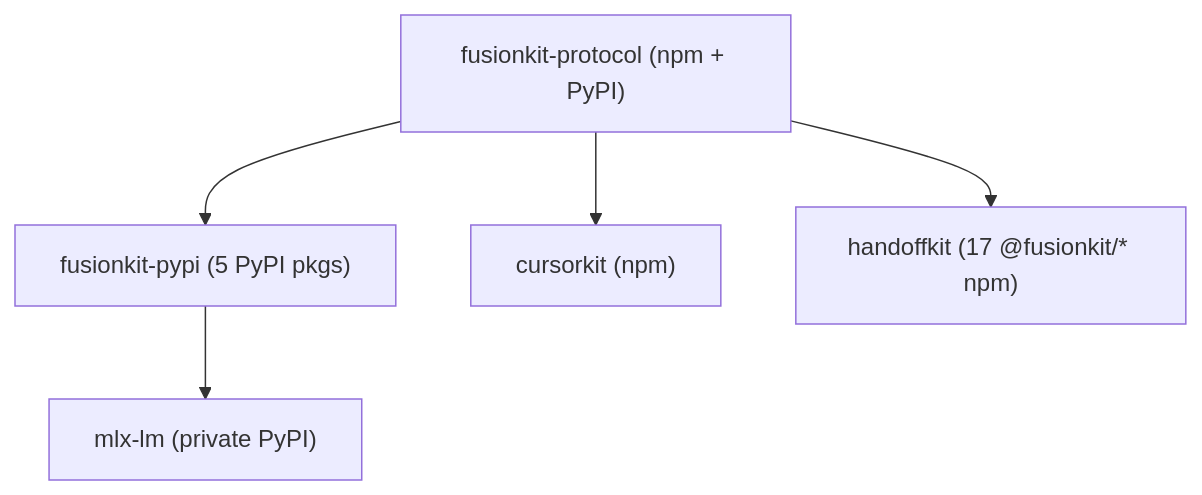
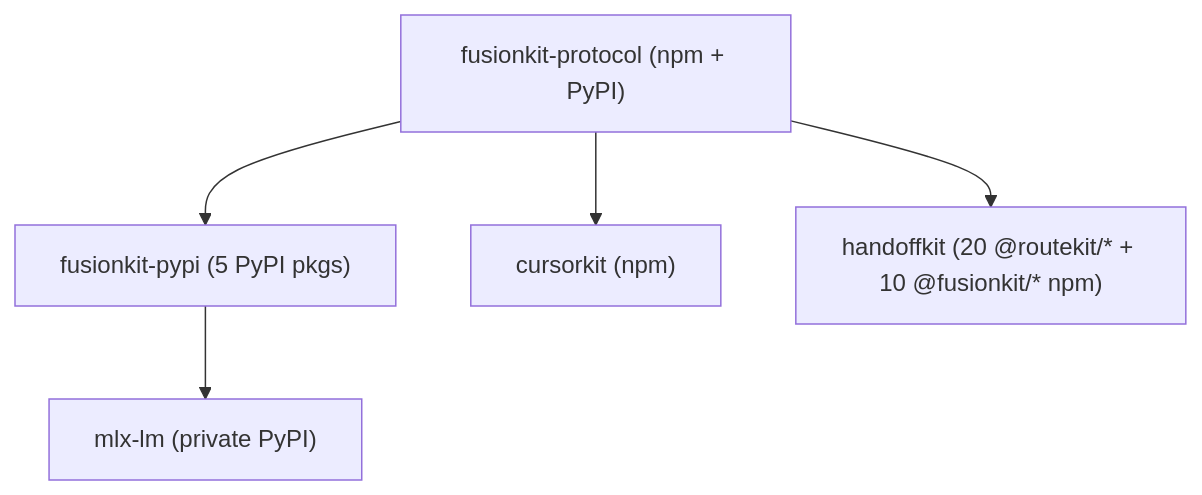
One commit to velum-labs/handoffkit changed the diagram in docs/releasing.md. Above: the diagram before and after it, drawn with Mermaid. The commit also changed other lines of this file and 776 other files, not shown here.

````diff
--- a/docs/releasing.md
+++ b/docs/releasing.md
@@ -16,12 +16,12 @@
 ```mermaid
 flowchart TD
   protocol["fusionkit-protocol (npm + PyPI)"]
   fusionpy["fusionkit-pypi (5 PyPI pkgs)"]
   cursor["cursorkit (npm)"]
-  handoff["handoffkit (17 @fusionkit/* npm)"]
+  handoff["handoffkit (20 @routekit/* + 10 @fusionkit/* npm)"]
   mlx["mlx-lm (private PyPI)"]
   protocol --> fusionpy
   protocol --> cursor
   protocol --> handoff
   fusionpy --> mlx
 ```
````
